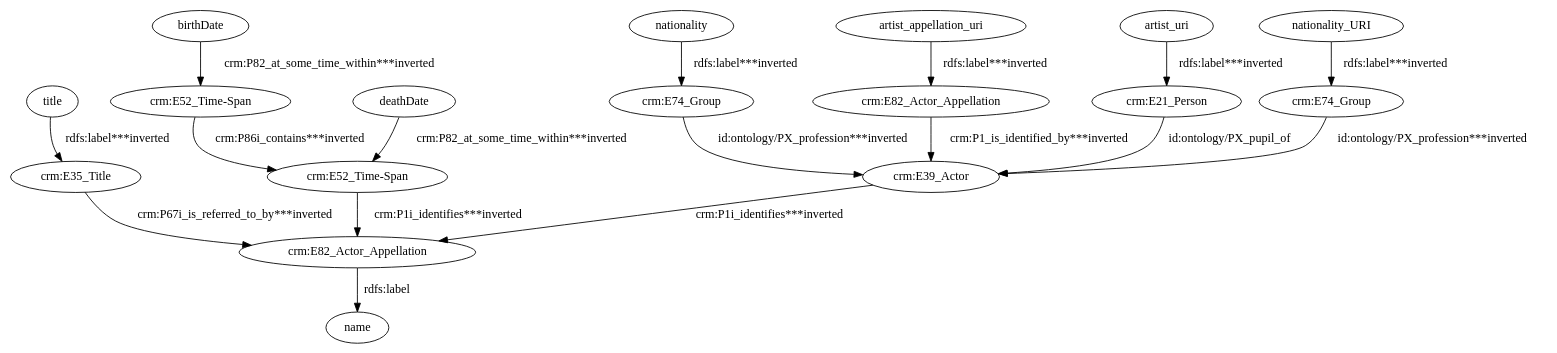
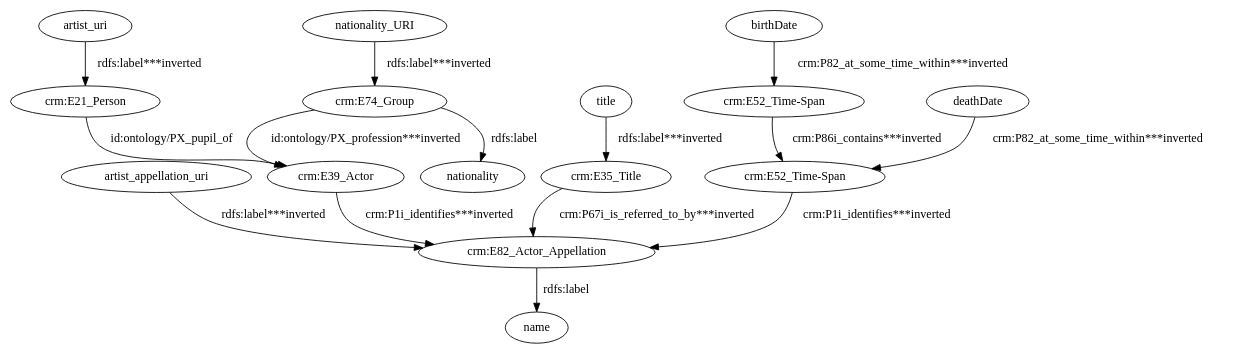
Before and after one commit to giuseppefutia/semi: the diagram in data/taheriyan2016/task_01/semantic_models/steiner/dot/s18-s-indianapolis-artists.dot, drawn with Graphviz. The commit also changed 223 other files, not shown here.

```diff
--- a/data/taheriyan2016/task_01/semantic_models/steiner/dot/s18-s-indianapolis-artists.dot
+++ b/data/taheriyan2016/task_01/semantic_models/steiner/dot/s18-s-indianapolis-artists.dot
@@ -1,35 +1,31 @@
 digraph {
   artist_appellation_uri [type=attribute_name,label=artist_appellation_uri]
   "crm:E82_Actor_Appellation1" [type=class_uri,label="crm:E82_Actor_Appellation"]
   artist_uri [type=attribute_name,label=artist_uri]
   "crm:E21_Person1" [type=class_uri,label="crm:E21_Person"]
   birthDate [type=attribute_name,label=birthDate]
   "crm:E52_Time-Span1" [type=class_uri,label="crm:E52_Time-Span"]
   "crm:E39_Actor" [type=class_uri,label="crm:E39_Actor"]
   "crm:E35_Title1" [type=class_uri,label="crm:E35_Title"]
-  "crm:E82_Actor_Appellation2" [type=class_uri,label="crm:E82_Actor_Appellation"]
   "crm:E52_Time-Span2" [type=class_uri,label="crm:E52_Time-Span"]
   "crm:E74_Group1" [type=class_uri,label="crm:E74_Group"]
-  "crm:E74_Group2" [type=class_uri,label="crm:E74_Group"]
+  nationality [type=attribute_name,label=nationality]
   name [type=attribute_name,label=name]
   deathDate [type=attribute_name,label=deathDate]
-  nationality [type=attribute_name,label=nationality]
   nationality_URI [type=attribute_name,label=nationality_URI]
   title [type=attribute_name,label=title]
-  artist_appellation_uri -> "crm:E82_Actor_Appellation1" [type=st_property_uri,label="rdfs:label***inverted"]
-  artist_uri -> "crm:E21_Person1" [type=st_property_uri,label="rdfs:label***inverted"]
-  birthDate -> "crm:E52_Time-Span1" [type=st_property_uri,label="crm:P82_at_some_time_within***inverted"]
-  "crm:E21_Person1" -> "crm:E39_Actor" [label="id:ontology/PX_pupil_of",type=direct_property_uri]
-  "crm:E35_Title1" -> "crm:E82_Actor_Appellation2" [type=inherited,label="crm:P67i_is_referred_to_by***inverted"]
-  "crm:E39_Actor" -> "crm:E82_Actor_Appellation2" [type=inherited,label="crm:P1i_identifies***inverted"]
-  "crm:E52_Time-Span1" -> "crm:E52_Time-Span2" [type=direct_property_uri,label="crm:P86i_contains***inverted"]
-  "crm:E52_Time-Span2" -> "crm:E82_Actor_Appellation2" [type=inherited,label="crm:P1i_identifies***inverted"]
-  "crm:E74_Group1" -> "crm:E39_Actor" [type=direct_property_uri,label="id:ontology/PX_profession***inverted"]
-  "crm:E74_Group2" -> "crm:E39_Actor" [type=direct_property_uri,label="id:ontology/PX_profession***inverted"]
-  "crm:E82_Actor_Appellation1" -> "crm:E39_Actor" [type=inherited,label="crm:P1_is_identified_by***inverted"]
-  "crm:E82_Actor_Appellation2" -> name [label="rdfs:label",type=st_property_uri]
-  deathDate -> "crm:E52_Time-Span2" [type=st_property_uri,label="crm:P82_at_some_time_within***inverted"]
-  nationality -> "crm:E74_Group2" [type=st_property_uri,label="rdfs:label***inverted"]
-  nationality_URI -> "crm:E74_Group1" [type=st_property_uri,label="rdfs:label***inverted"]
-  title -> "crm:E35_Title1" [type=st_property_uri,label="rdfs:label***inverted"]
+  artist_appellation_uri -> "crm:E82_Actor_Appellation1" [type=st_property_uri,label="rdfs:label***inverted",weight=1]
+  artist_uri -> "crm:E21_Person1" [type=st_property_uri,label="rdfs:label***inverted",weight=1]
+  birthDate -> "crm:E52_Time-Span1" [type=st_property_uri,label="crm:P82_at_some_time_within***inverted",weight=1]
+  "crm:E21_Person1" -> "crm:E39_Actor" [label="id:ontology/PX_pupil_of",type=direct_property_uri,weight=1]
+  "crm:E35_Title1" -> "crm:E82_Actor_Appellation1" [type=inherited,label="crm:P67i_is_referred_to_by***inverted",weight=4]
+  "crm:E39_Actor" -> "crm:E82_Actor_Appellation1" [type=inherited,label="crm:P1i_identifies***inverted",weight=4]
+  "crm:E52_Time-Span1" -> "crm:E52_Time-Span2" [type=direct_property_uri,label="crm:P86i_contains***inverted",weight=1]
+  "crm:E52_Time-Span2" -> "crm:E82_Actor_Appellation1" [type=inherited,label="crm:P1i_identifies***inverted",weight=4]
+  "crm:E74_Group1" -> "crm:E39_Actor" [type=direct_property_uri,label="id:ontology/PX_profession***inverted",weight=1]
+  "crm:E74_Group1" -> nationality [label="rdfs:label",type=st_property_uri]
+  "crm:E82_Actor_Appellation1" -> name [label="rdfs:label",type=st_property_uri]
+  deathDate -> "crm:E52_Time-Span2" [type=st_property_uri,label="crm:P82_at_some_time_within***inverted",weight=1]
+  nationality_URI -> "crm:E74_Group1" [type=st_property_uri,label="rdfs:label***inverted",weight=1]
+  title -> "crm:E35_Title1" [type=st_property_uri,label="rdfs:label***inverted",weight=1]
 }
```
